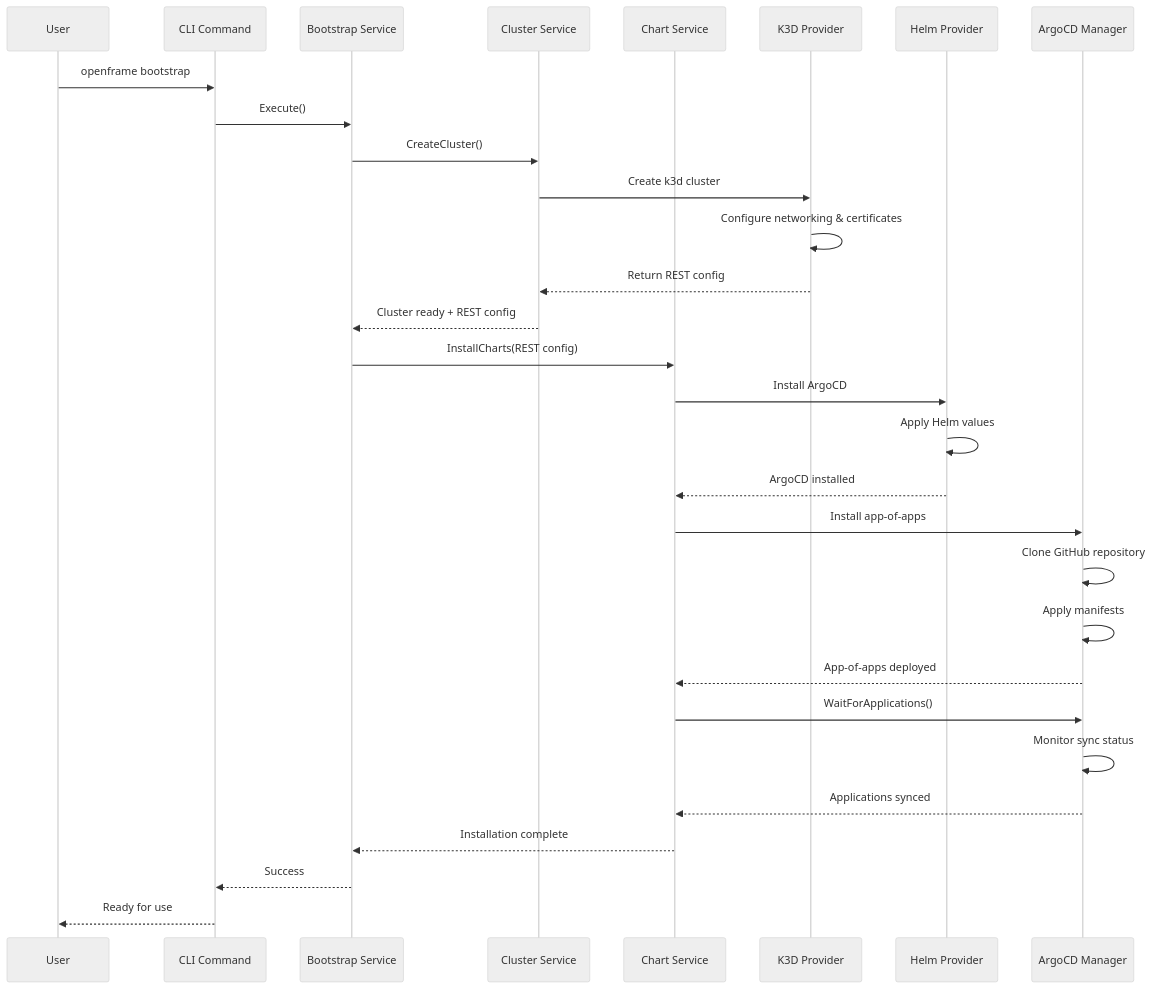
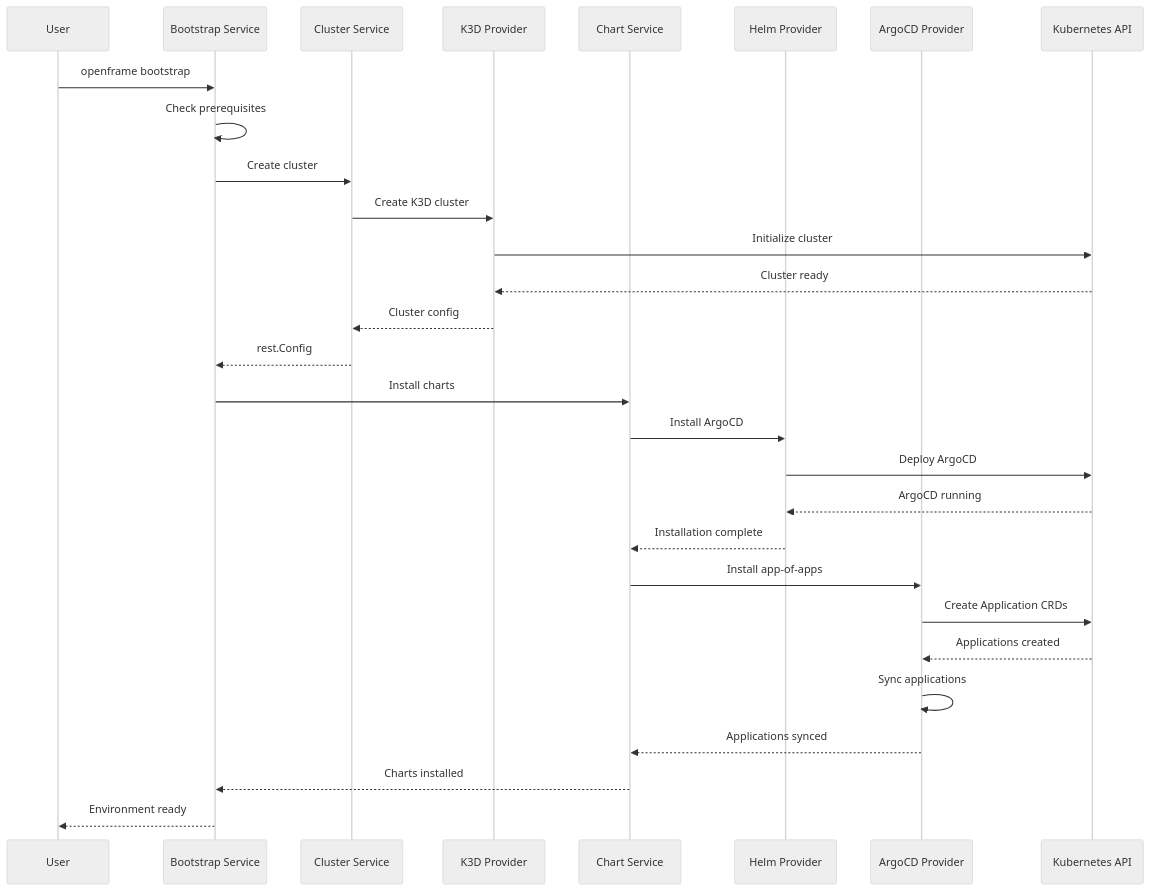
The third of 4 diagrams in docs/architecture/overview.md (Praesto-Pro/openframe-cli), drawn with Mermaid (neutral theme) before and after one commit. The commit also changed other lines of this file and 19 other files, not shown here.

````diff
--- a/docs/architecture/overview.md
+++ b/docs/architecture/overview.md
@@ -95,38 +173,34 @@
 ```mermaid
 sequenceDiagram
     participant User
-    participant CLI as CLI Command
     participant Bootstrap as Bootstrap Service
     participant Cluster as Cluster Service
+    participant K3D as K3D Provider
     participant Chart as Chart Service
-    participant K3D as K3D Provider
     participant Helm as Helm Provider
-    participant ArgoCD as ArgoCD Manager
+    participant ArgoCD as ArgoCD Provider
+    participant K8s as Kubernetes API
     
-    User->>CLI: openframe bootstrap
-    CLI->>Bootstrap: Execute()
+    User->>Bootstrap: openframe bootstrap
+    Bootstrap->>Bootstrap: Check prerequisites
+    Bootstrap->>Cluster: Create cluster
+    Cluster->>K3D: Create K3D cluster
+    K3D->>K8s: Initialize cluster
+    K8s-->>K3D: Cluster ready
+    K3D-->>Cluster: Cluster config
+    Cluster-->>Bootstrap: rest.Config
     
-    Bootstrap->>Cluster: CreateCluster()
-    Cluster->>K3D: Create k3d cluster
-    K3D->>K3D: Configure networking & certificates
-    K3D-->>Cluster: Return REST config
-    Cluster-->>Bootstrap: Cluster ready + REST config
-    
-    Bootstrap->>Chart: InstallCharts(REST config)
+    Bootstrap->>Chart: Install charts
     Chart->>Helm: Install ArgoCD
-    Helm->>Helm: Apply Helm values
-    Helm-->>Chart: ArgoCD installed
+    Helm->>K8s: Deploy ArgoCD
+    K8s-->>Helm: ArgoCD running
+    Helm-->>Chart: Installation complete
     
     Chart->>ArgoCD: Install app-of-apps
-    ArgoCD->>ArgoCD: Clone GitHub repository
-    ArgoCD->>ArgoCD: Apply manifests
-    ArgoCD-->>Chart: App-of-apps deployed
-    
-    Chart->>ArgoCD: WaitForApplications()
-    ArgoCD->>ArgoCD: Monitor sync status
+    ArgoCD->>K8s: Create Application CRDs
+    K8s-->>ArgoCD: Applications created
+    ArgoCD->>ArgoCD: Sync applications
     ArgoCD-->>Chart: Applications synced
-    
-    Chart-->>Bootstrap: Installation complete
-    Bootstrap-->>CLI: Success
-    CLI-->>User: Ready for use
+    Chart-->>Bootstrap: Charts installed
+    Bootstrap-->>User: Environment ready
 ```
````
